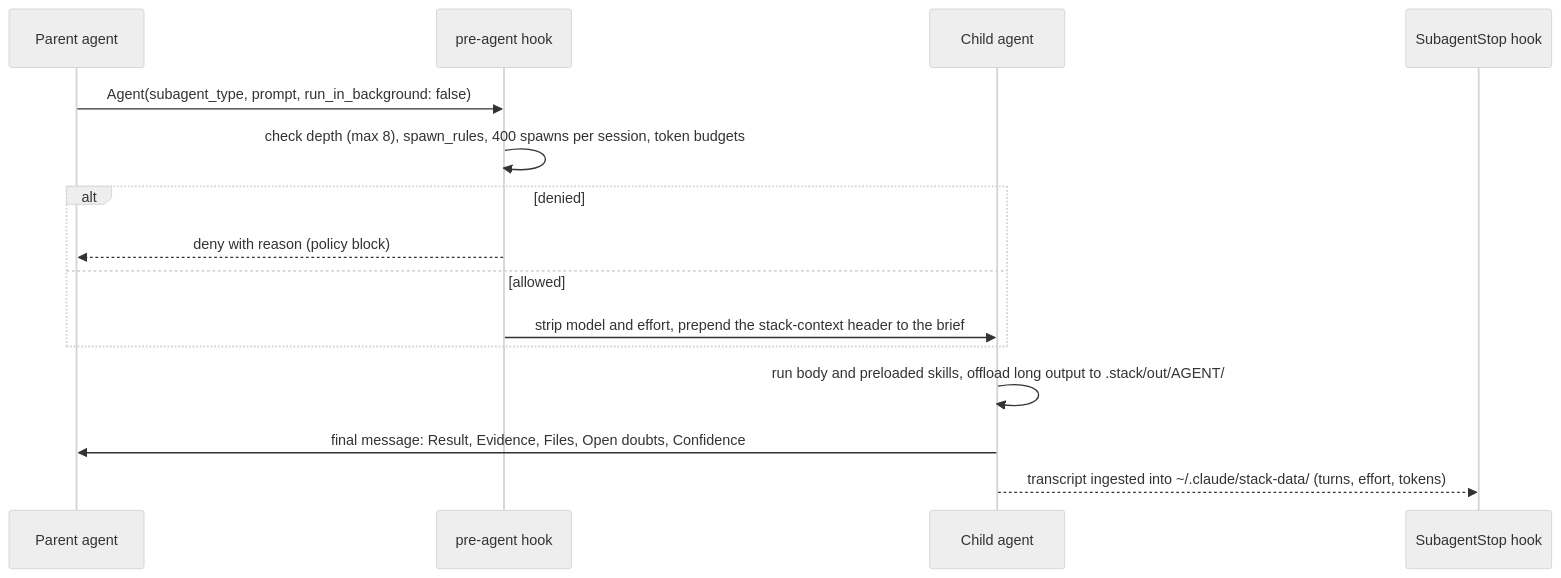
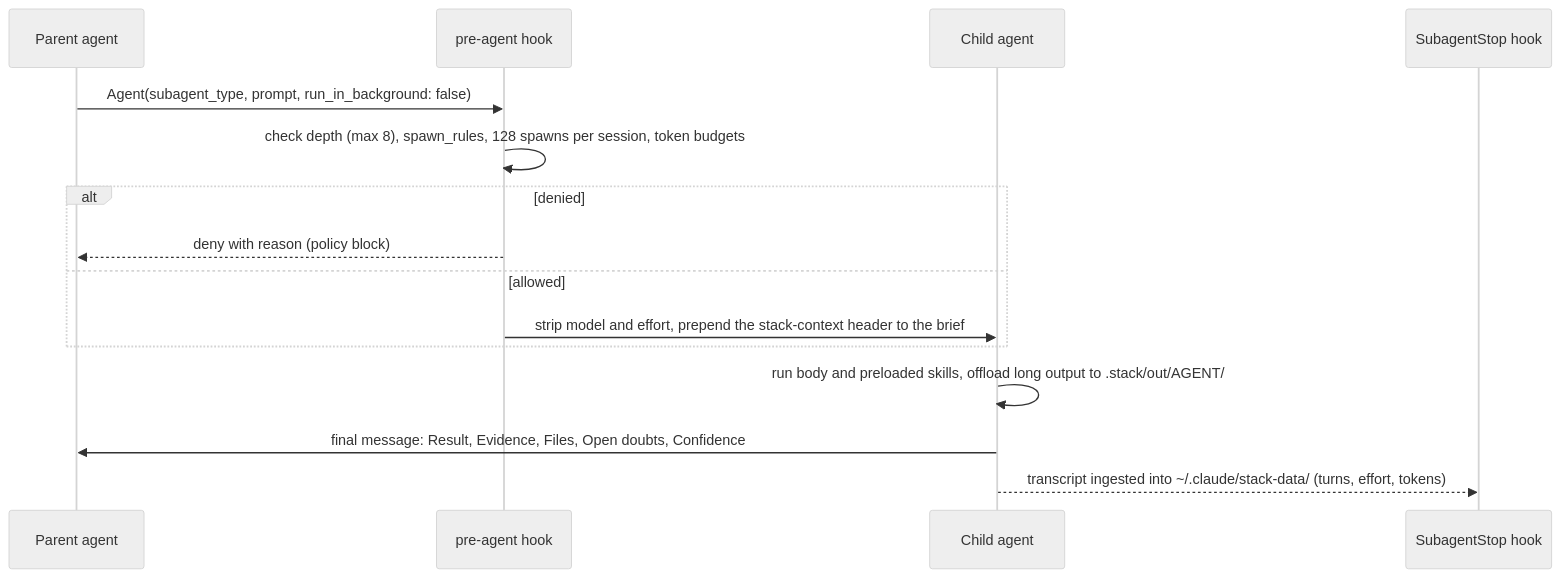
One commit to pmrjgg/c101 changed the third of 8 diagrams in README.md. Above: the diagram before and after it, drawn with Mermaid (neutral theme). The commit also changed other lines of this file and 12 other files, not shown here.

First line of the commit message:
Raise session token budget to 3B and set the spawn budget to 128

````diff
--- a/README.md
+++ b/README.md
@@ -1055,17 +1055,17 @@
 ```mermaid
 sequenceDiagram
     participant P as Parent agent
     participant H as pre-agent hook
     participant C as Child agent
     participant L as SubagentStop hook
     P->>H: Agent(subagent_type, prompt, run_in_background: false)
-    H->>H: check depth (max 8), spawn_rules, 400 spawns per session, token budgets
+    H->>H: check depth (max 8), spawn_rules, 128 spawns per session, token budgets
     alt denied
         H-->>P: deny with reason (policy block)
     else allowed
         H->>C: strip model and effort, prepend the stack-context header to the brief
     end
     C->>C: run body and preloaded skills, offload long output to .stack/out/AGENT/
     C->>P: final message: Result, Evidence, Files, Open doubts, Confidence
     C-->>L: transcript ingested into ~/.claude/stack-data/ (turns, effort, tokens)
 ```
````
